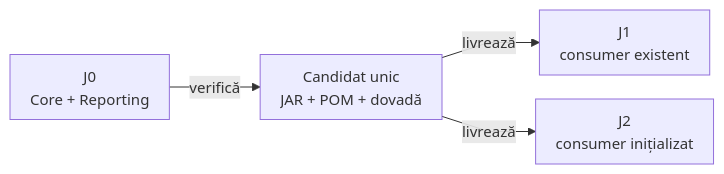
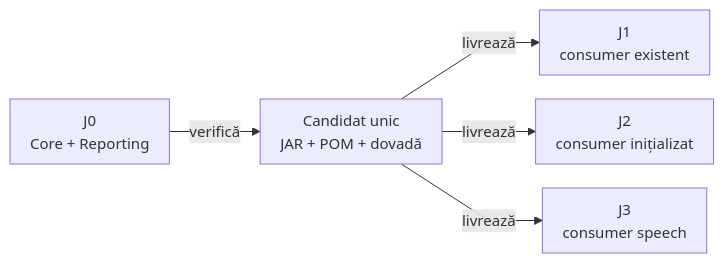
One commit to crististefanita/atf_j0 changed the diagram in docs/ATF_Workspace_Synchronization.md. Above: the diagram before and after it, drawn with Mermaid. The commit also changed other lines of this file and 26 other files, not shown here.

````diff
--- a/docs/ATF_Workspace_Synchronization.md
+++ b/docs/ATF_Workspace_Synchronization.md
@@ -21,7 +22,8 @@
 ```mermaid
 %%{init: {"themeVariables":{"fontSize":"15px"},"themeCSS":".nodeLabel, .nodeLabel p { font-size: 15px !important; line-height: 1.35 !important; } .edgeLabel, .edgeLabel p { font-size: 12px !important; font-weight: 400 !important; line-height: 1.2 !important; } .edgeLabel .labelBkg, .edgeLabel p { background: transparent !important; } .edgeLabel foreignObject { transform: translateY(-18px); overflow: visible; } .node rect { rx: 6px; ry: 6px; }","flowchart":{"curve":"linear","nodeSpacing":24,"rankSpacing":40,"padding":10,"diagramPadding":16}}}%%
 flowchart LR
     Source["J0<br/>Core + Reporting"] -->|verifică| Candidate["Candidat unic<br/>JAR + POM + dovadă"]
     Candidate -->|livrează| J1["J1<br/>consumer existent"]
     Candidate -->|livrează| J2["J2<br/>consumer inițializat"]
+    Candidate -->|livrează| J3["J3<br/>consumer speech"]
 ```
````
